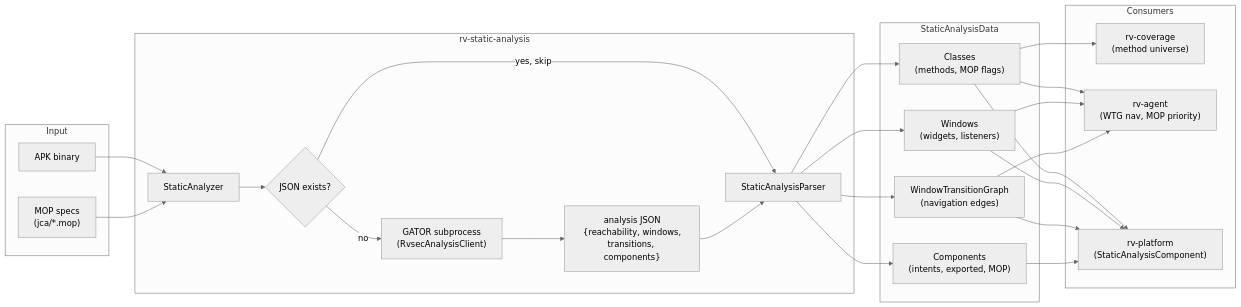
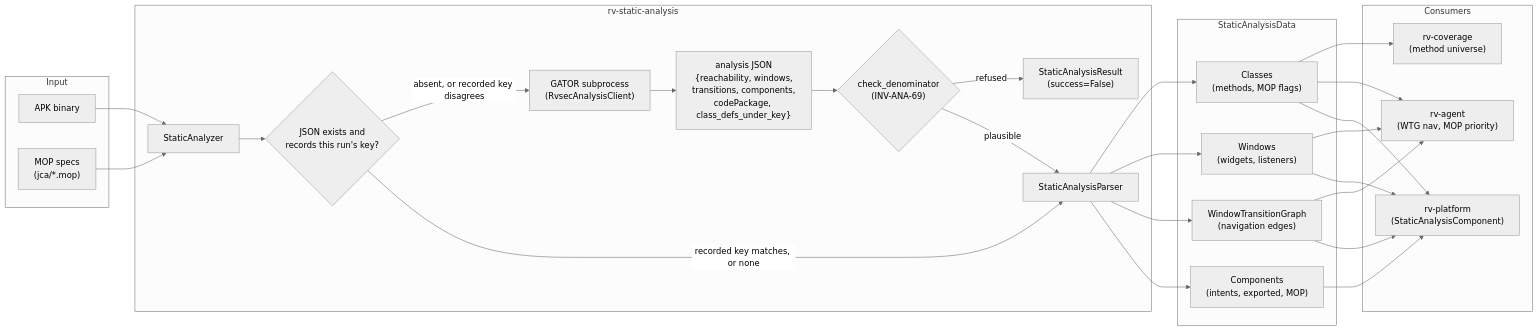
The first of 5 diagrams in rv-android/modules/rv-static-analysis/docs/architecture.md (PAMunb/rvsec), drawn with Mermaid before and after one commit. The commit also changed other lines of this file and 99 other files, not shown here.

````diff
--- a/rv-android/modules/rv-static-analysis/docs/architecture.md
+++ b/rv-android/modules/rv-static-analysis/docs/architecture.md
@@ -106,49 +136,53 @@
 ```mermaid
 %%{init: {'theme': 'neutral'}}%%
 flowchart LR
     subgraph Input
         APK["APK binary"]
         MOP["MOP specs\n(jca/*.mop)"]
     end
 
     subgraph rv-static-analysis
         SA["StaticAnalyzer"]
-        CACHE{"JSON exists?"}
+        CACHE{"JSON exists and\nrecords this run's key?"}
         GATOR["GATOR subprocess\n(RvsecAnalysisClient)"]
-        JSON["analysis JSON\n{reachability, windows,\ntransitions, components}"]
+        JSON["analysis JSON\n{reachability, windows,\ntransitions, components,\ncodePackage, class_defs_under_key}"]
+        GATE{"check_denominator\n(INV-ANA-69)"}
+        FAIL["StaticAnalysisResult\n(success=False)"]
         SAP["StaticAnalysisParser"]
     end
 
     subgraph Output["StaticAnalysisData"]
         CLS["Classes\n(methods, MOP flags)"]
         WIN["Windows\n(widgets, listeners)"]
         WTG["WindowTransitionGraph\n(navigation edges)"]
         CMP["Components\n(intents, exported, MOP)"]
     end
 
     subgraph Consumers
         COV["rv-coverage\n(method universe)"]
         AGT["rv-agent\n(WTG nav, MOP priority)"]
         PLT["rv-platform\n(StaticAnalysisComponent)"]
     end
 
     APK --> SA
     MOP --> SA
     SA --> CACHE
-    CACHE -->|no| GATOR
-    CACHE -->|yes, skip| SAP
+    CACHE -->|absent, or recorded key disagrees| GATOR
+    CACHE -->|recorded key matches, or none| SAP
     GATOR --> JSON
-    JSON --> SAP
+    JSON --> GATE
+    GATE -->|refused| FAIL
+    GATE -->|plausible| SAP
     SAP --> CLS
     SAP --> WIN
     SAP --> WTG
     SAP --> CMP
     CLS --> COV
     CLS --> AGT
     WIN --> AGT
     WTG --> AGT
     CLS --> PLT
     WIN --> PLT
     WTG --> PLT
     CMP --> PLT
 ```
````
